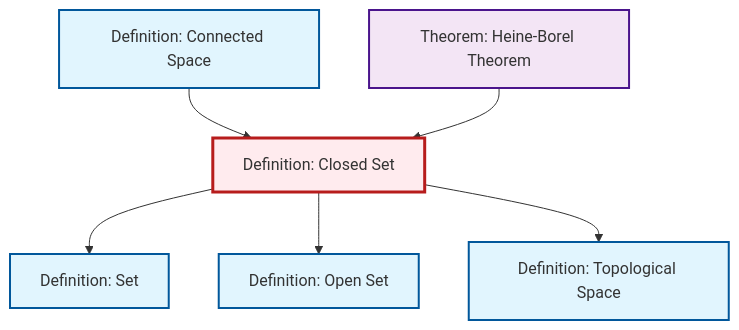
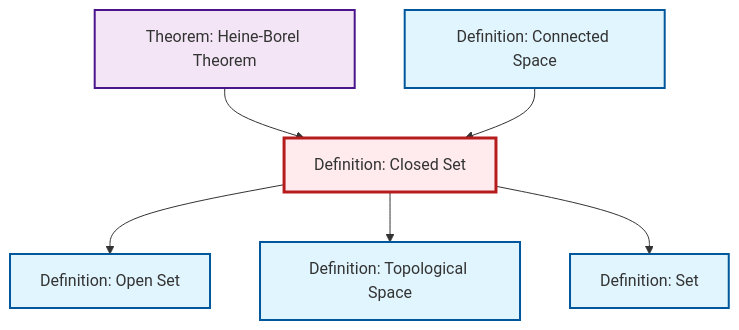
Before and after one commit to RK0429/ModernMath: the diagram in content/en/topology/def-closed-set.qmd, drawn with Mermaid. The commit also changed other lines of this file and 531 other files, not shown here.

````diff
--- a/content/en/topology/def-closed-set.qmd
+++ b/content/en/topology/def-closed-set.qmd
@@ -44,26 +44,26 @@
 ```{mermaid}
 %%| fig-cap: "Local dependency graph"
 graph TD
     classDef definition fill:#e1f5fe,stroke:#01579b,stroke-width:2px
     classDef theorem fill:#f3e5f5,stroke:#4a148c,stroke-width:2px
     classDef axiom fill:#fff3e0,stroke:#e65100,stroke-width:2px
     classDef example fill:#e8f5e9,stroke:#1b5e20,stroke-width:2px
     classDef current fill:#ffebee,stroke:#b71c1c,stroke-width:3px
     def-set["Definition: Set"]:::definition
+    def-topological-space["Definition: Topological Space"]:::definition
     def-closed-set["Definition: Closed Set"]:::definition
-    def-topological-space["Definition: Topological Space"]:::definition
+    def-open-set["Definition: Open Set"]:::definition
     def-connected["Definition: Connected Space"]:::definition
     thm-heine-borel["Theorem: Heine-Borel Theorem"]:::theorem
-    def-open-set["Definition: Open Set"]:::definition
-    def-closed-set --> def-set
     def-closed-set --> def-open-set
-    def-connected --> def-closed-set
     def-closed-set --> def-topological-space
     thm-heine-borel --> def-closed-set
+    def-connected --> def-closed-set
+    def-closed-set --> def-set
     class def-closed-set current
     click def-set "def-set.html" "Go to Set definition"
     click def-topological-space "def-topological-space.html" "Go to Topological Space definition"
+    click def-open-set "def-open-set.html" "Go to Open Set definition"
     click def-connected "def-connected.html" "Go to Connected Space definition"
     click thm-heine-borel "thm-heine-borel.html" "Go to Heine-Borel Theorem theorem"
-    click def-open-set "def-open-set.html" "Go to Open Set definition"
 ```
````
